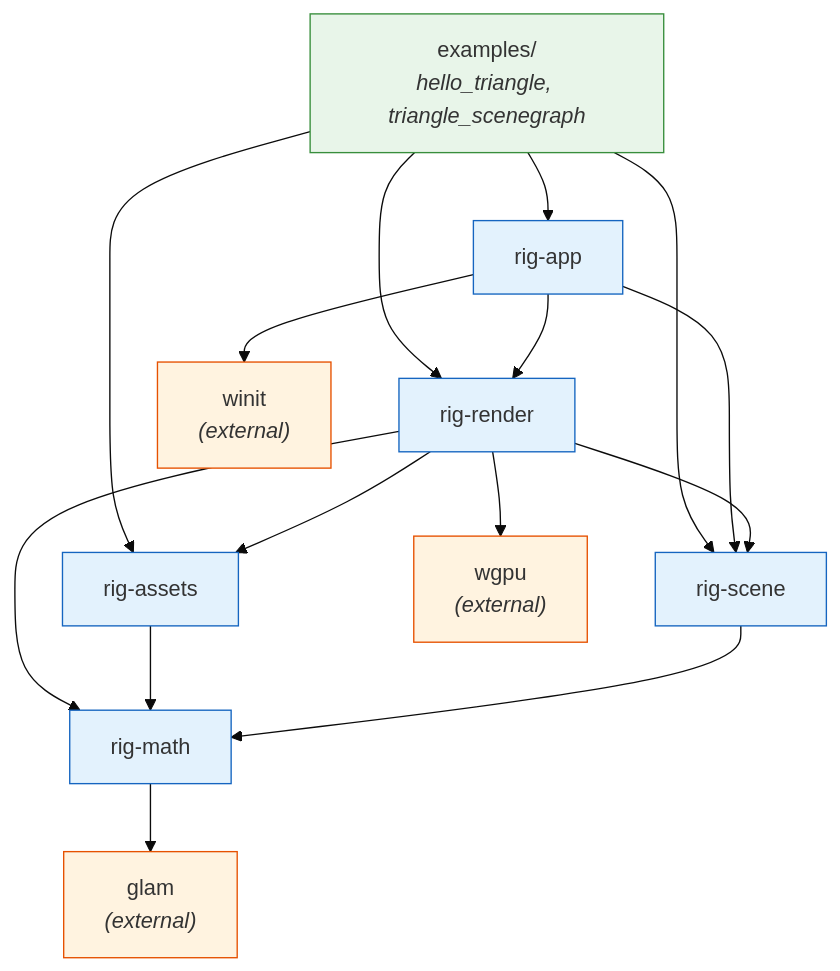
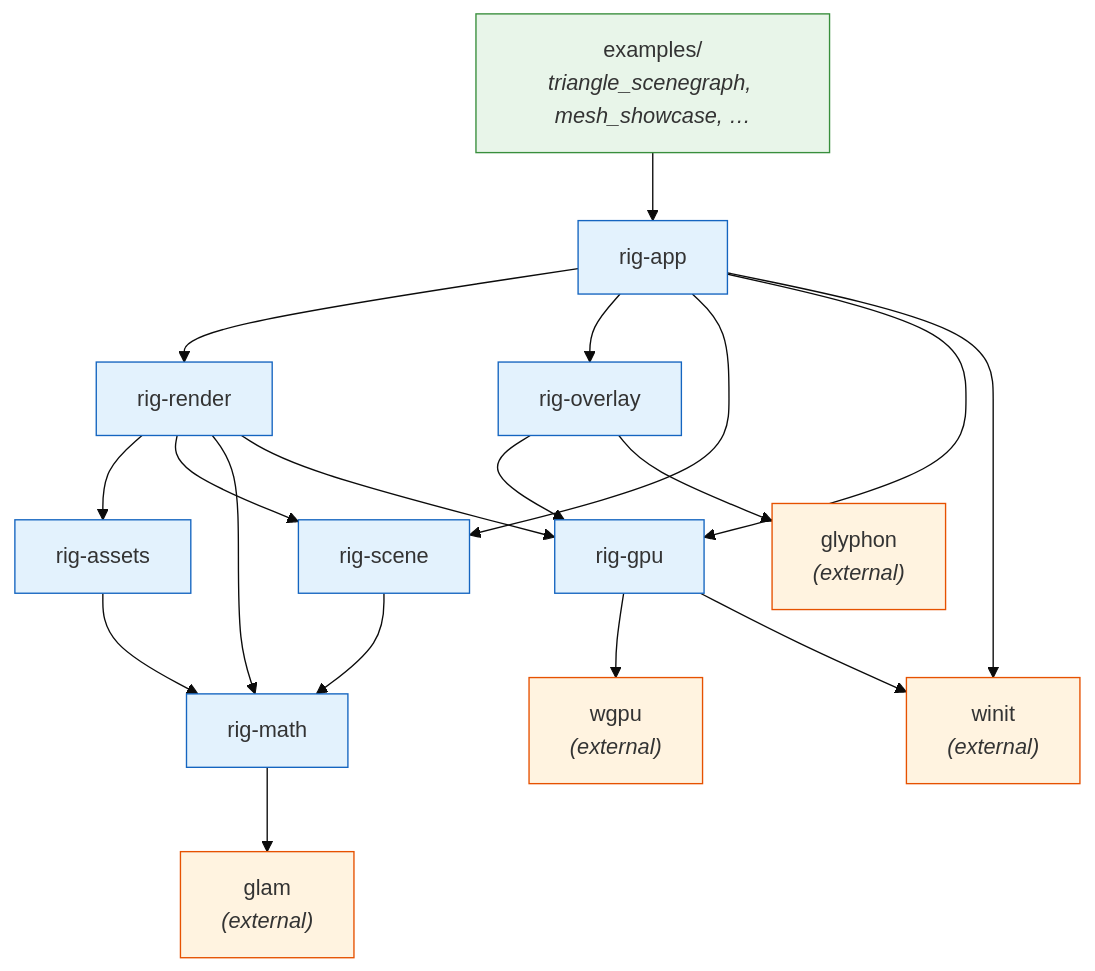
The first of 4 diagrams in docs/ARCHITECTURE.md (vansweej/nodemoss), drawn with Mermaid (base theme) before and after one commit. The commit also changed other lines of this file and 2 other files, not shown here.

First line of the commit message:
docs: update AGENTS.md, ARCHITECTURE.md, APPLICATION.md for milestone 4

````diff
--- a/docs/ARCHITECTURE.md
+++ b/docs/ARCHITECTURE.md
@@ -142,40 +154,51 @@
 ```mermaid
 graph TD
-    examples["examples/<br/><i>hello_triangle, triangle_scenegraph</i>"]
+    examples["examples/<br/><i>triangle_scenegraph, mesh_showcase, …</i>"]
     app["rig-app"]
+    overlay["rig-overlay"]
     render["rig-render"]
+    gpu["rig-gpu"]
     assets["rig-assets"]
     scene["rig-scene"]
     math["rig-math"]
     winit["winit<br/><i>(external)</i>"]
     wgpu["wgpu<br/><i>(external)</i>"]
+    glyphon["glyphon<br/><i>(external)</i>"]
     glam["glam<br/><i>(external)</i>"]
 
     examples --> app
-    examples --> render
-    examples --> assets
-    examples --> scene
 
     app --> render
+    app --> overlay
     app --> scene
+    app --> gpu
     app --> winit
+
+    overlay --> gpu
+    overlay --> glyphon
 
     render --> assets
     render --> scene
     render --> math
-    render --> wgpu
+    render --> gpu
+
+    gpu --> wgpu
+    gpu --> winit
 
     assets --> math
     scene --> math
     math --> glam
 
     style examples fill:#e8f5e9,stroke:#388e3c
     style app fill:#e3f2fd,stroke:#1565c0
+    style overlay fill:#e3f2fd,stroke:#1565c0
     style render fill:#e3f2fd,stroke:#1565c0
+    style gpu fill:#e3f2fd,stroke:#1565c0
     style assets fill:#e3f2fd,stroke:#1565c0
     style scene fill:#e3f2fd,stroke:#1565c0
     style math fill:#e3f2fd,stroke:#1565c0
     style winit fill:#fff3e0,stroke:#e65100
     style wgpu fill:#fff3e0,stroke:#e65100
+    style glyphon fill:#fff3e0,stroke:#e65100
     style glam fill:#fff3e0,stroke:#e65100
 ```
````
